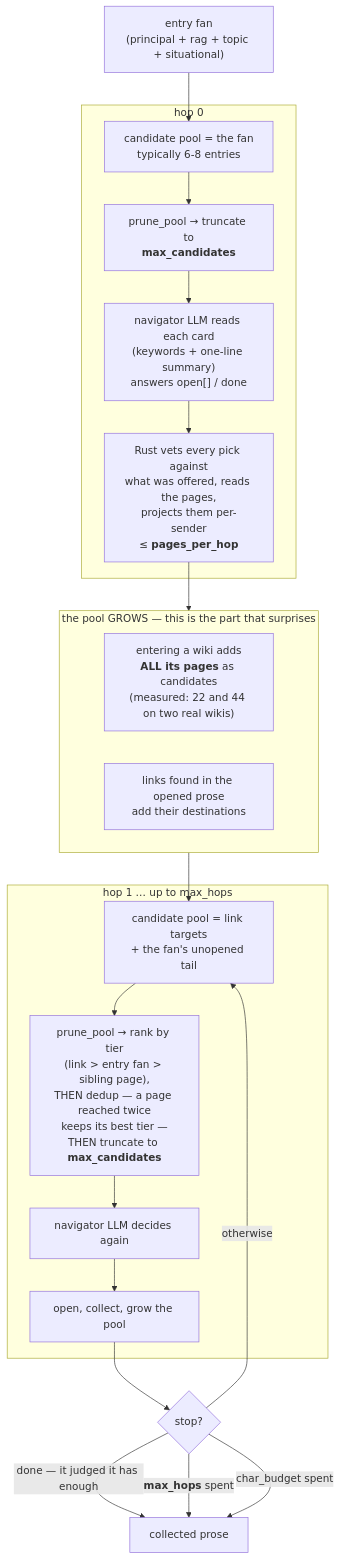
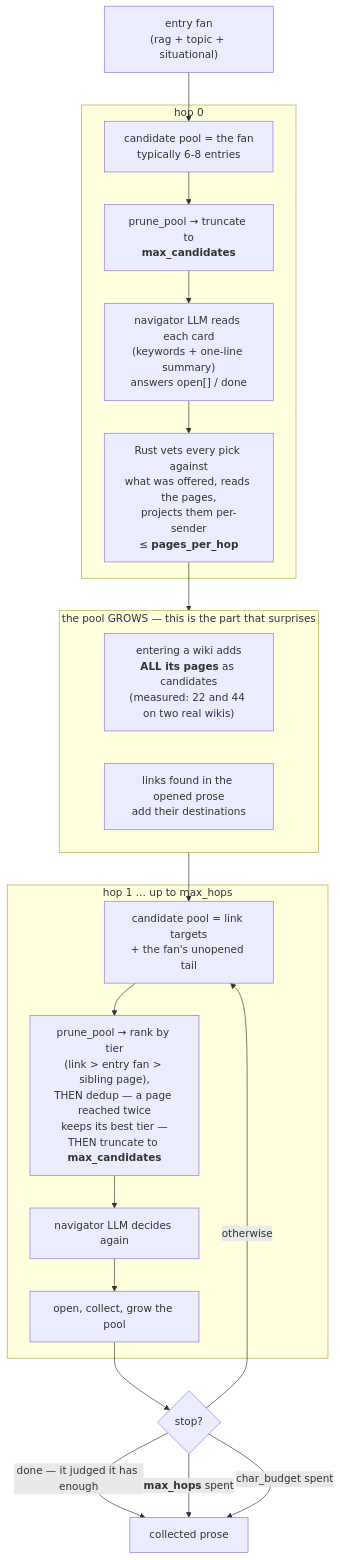
One commit to Fr4nZ82/mwe-mcp changed the second of 2 diagrams in docs/design-notes/recall-pipeline.md. Above: the diagram before and after it, drawn with Mermaid. The commit also changed other lines of this file and 18 other files, not shown here.

````diff
--- a/docs/design-notes/recall-pipeline.md
+++ b/docs/design-notes/recall-pipeline.md
@@ -78,33 +78,33 @@
 ```mermaid
 flowchart TB
-    FAN["entry fan<br/>(principal + rag + topic + situational)"] --> POOL0
+    FAN["entry fan<br/>(rag + topic + situational)"] --> POOL0
 
     subgraph H0["hop 0"]
         POOL0["candidate pool = the fan<br/>typically 6-8 entries"]
         POOL0 --> PRUNE0["prune_pool → truncate to<br/><b>max_candidates</b>"]
         PRUNE0 --> LLM0["navigator LLM reads each card<br/>(keywords + one-line summary)<br/>answers open[] / done"]
         LLM0 --> OPEN0["Rust vets every pick against<br/>what was offered, reads the pages,<br/>projects them per-sender<br/>≤ <b>pages_per_hop</b>"]
     end
 
     OPEN0 --> GROW
 
     subgraph GROW["the pool GROWS — this is the part that surprises"]
         G1["entering a wiki adds<br/><b>ALL its pages</b> as candidates<br/>(measured: 22 and 44 on two real wikis)"]
         G2["links found in the opened prose<br/>add their destinations"]
     end
 
     GROW --> POOL1
 
     subgraph H1["hop 1 … up to max_hops"]
         POOL1["candidate pool = link targets<br/>+ the fan's unopened tail"]
         POOL1 --> PRUNE1["prune_pool → rank by tier<br/>(link &gt; entry fan &gt; sibling page),<br/>THEN dedup — a page reached twice<br/>keeps its best tier —<br/>THEN truncate to <b>max_candidates</b>"]
         PRUNE1 --> LLM1["navigator LLM decides again"]
         LLM1 --> OPEN1["open, collect, grow the pool"]
     end
 
     OPEN1 --> STOP{"stop?"}
     STOP -->|"done — it judged it has enough"| OUT["collected prose"]
     STOP -->|"<b>max_hops</b> spent"| OUT
     STOP -->|"char_budget spent"| OUT
     STOP -->|"otherwise"| POOL1
 ```
````
